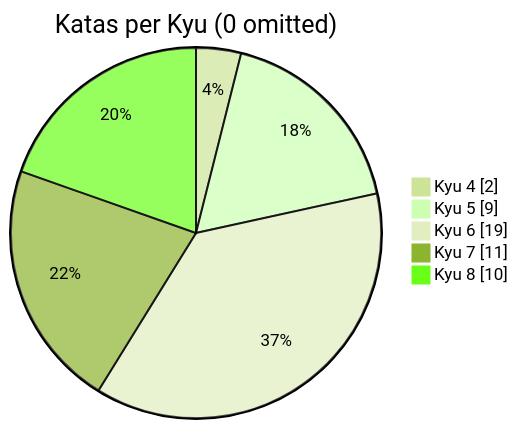
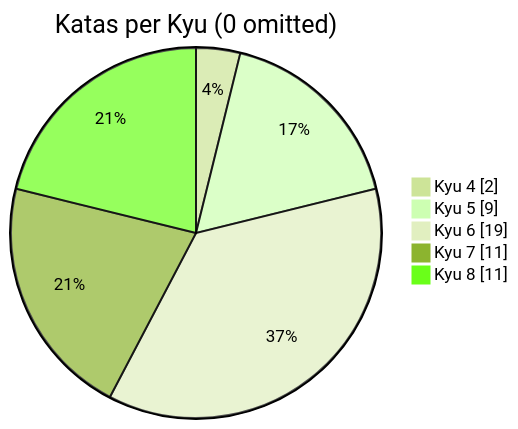
The diagram in README.md (MauricioLudwig/codewars-typescript), drawn with Mermaid (forest theme) before and after one commit. The commit also changed other lines of this file, not shown here.

````diff
--- a/README.md
+++ b/README.md
@@ -19,9 +19,9 @@
 ```mermaid
 pie showData
     title Katas per Kyu (0 omitted)
 	"Kyu 4": 2
 	"Kyu 5": 9
 	"Kyu 6": 19
 	"Kyu 7": 11
-	"Kyu 8": 10
+	"Kyu 8": 11
 ```
````
